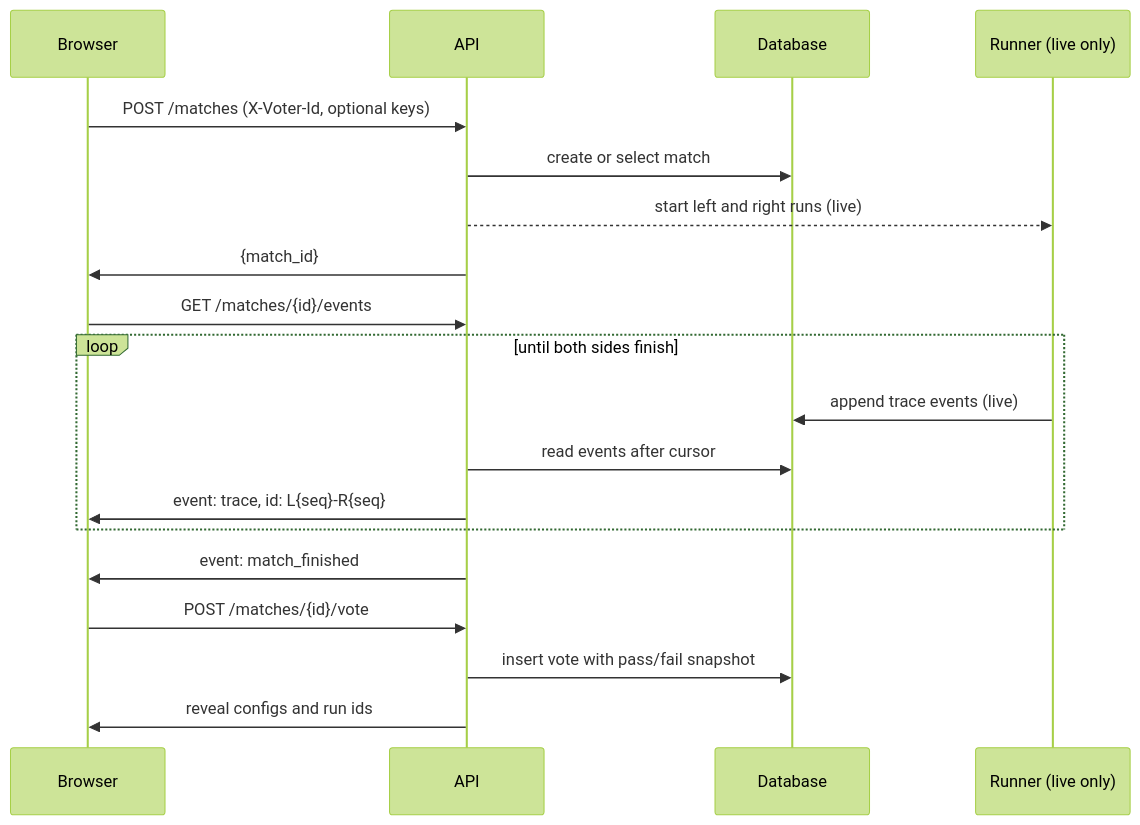
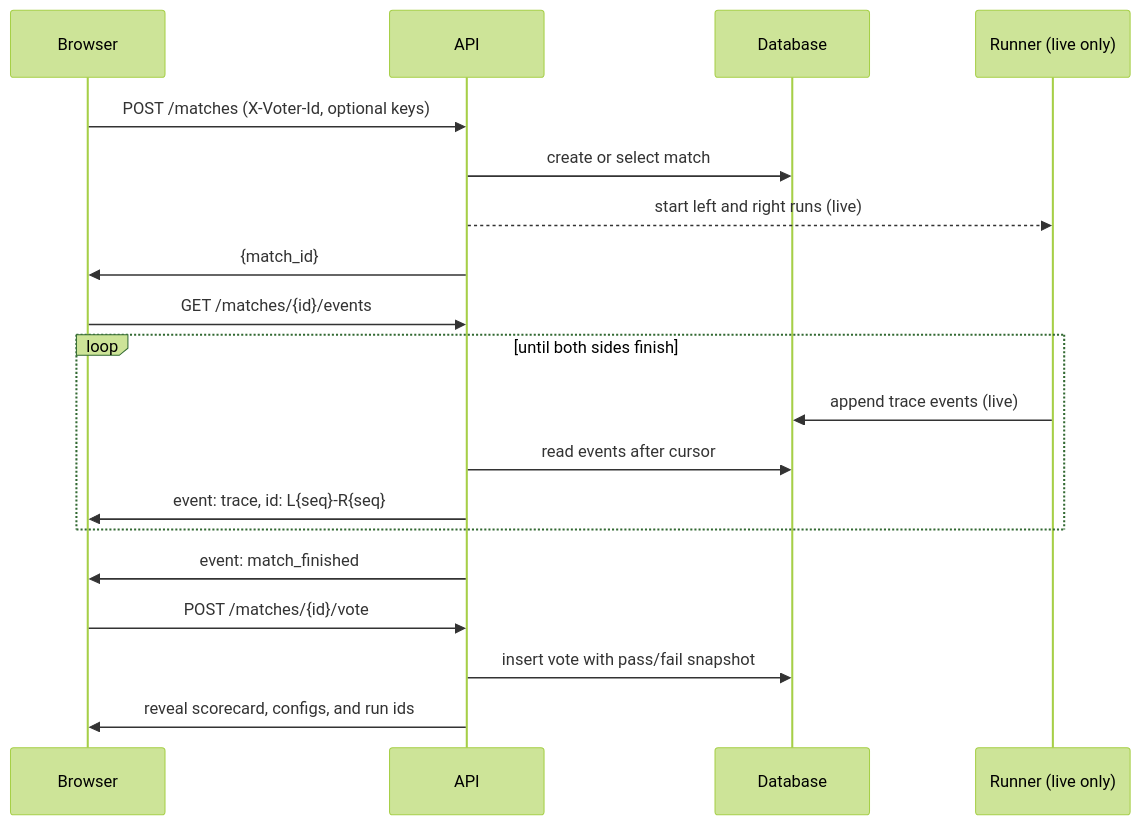
The fourth of 4 diagrams in docs/PLAN.md (CaringNihilistic/agent-eval-arena), drawn with Mermaid (forest theme) before and after one commit. The commit also changed other lines of this file and 3 other files, not shown here.

````diff
--- a/docs/PLAN.md
+++ b/docs/PLAN.md
@@ -287,22 +300,22 @@
 ```mermaid
 sequenceDiagram
   participant B as Browser
   participant A as API
   participant D as Database
   participant R as Runner (live only)
 
   B->>A: POST /matches (X-Voter-Id, optional keys)
   A->>D: create or select match
   A-->>R: start left and right runs (live)
   A->>B: {match_id}
   B->>A: GET /matches/{id}/events
   loop until both sides finish
     R->>D: append trace events (live)
     A->>D: read events after cursor
     A->>B: event: trace, id: L{seq}-R{seq}
   end
   A->>B: event: match_finished
   B->>A: POST /matches/{id}/vote
   A->>D: insert vote with pass/fail snapshot
-  A->>B: reveal configs and run ids
+  A->>B: reveal scorecard, configs, and run ids
 ```
````
